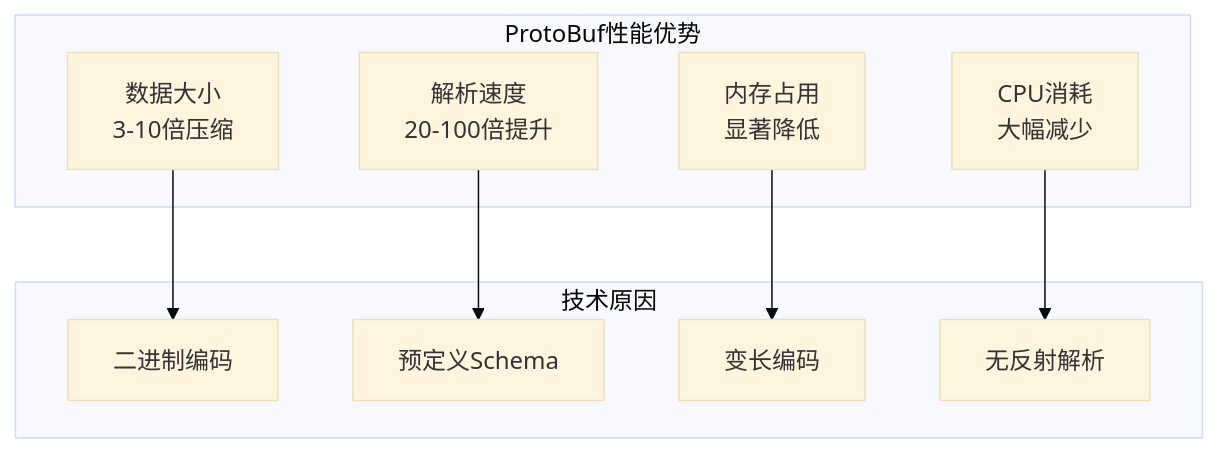
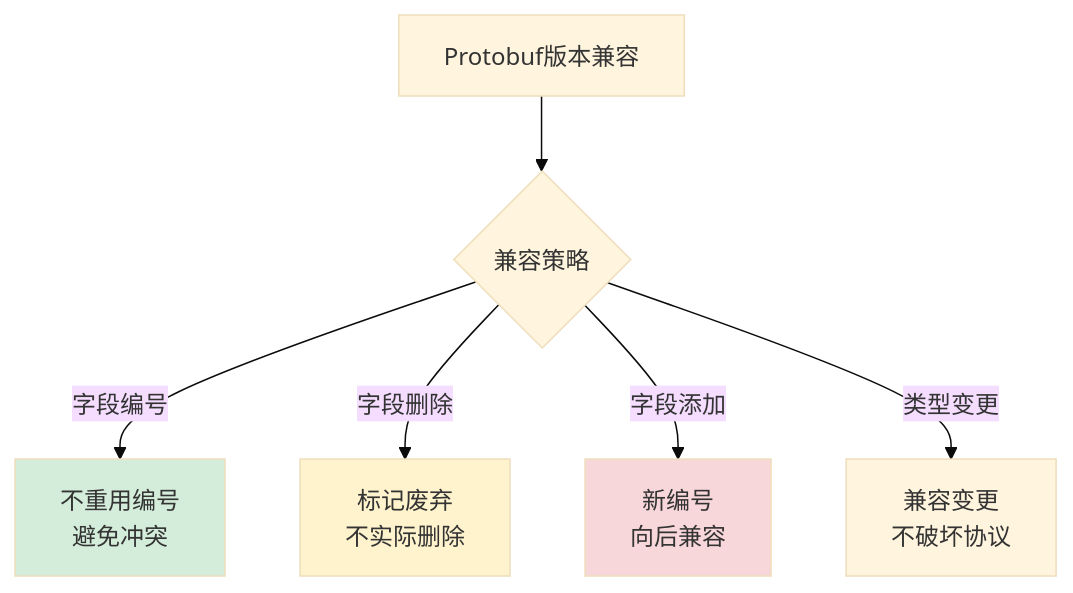
Before and after one commit to chongyang211/YCBookBlog: diagram 19 of 25 in 00.通用技术的提升/02.程序编程原理/06.数据解析设计思想.md, drawn with Mermaid (base theme). The commit also changed other lines of this file and 28 other files, not shown here.

````diff
--- a/00.通用技术的提升/02.程序编程原理/06.数据解析设计思想.md
+++ b/00.通用技术的提升/02.程序编程原理/06.数据解析设计思想.md
@@ -557,21 +891,12 @@
 ```mermaid
 graph TB
-    subgraph "ProtoBuf性能优势"
-        Size[数据大小<br/>3-10倍压缩]
-        Speed[解析速度<br/>20-100倍提升]
-        Memory[内存占用<br/>显著降低]
-        CPU[CPU消耗<br/>大幅减少]
-    end
+    A[Protobuf版本兼容] --> B{兼容策略}
+    B -->|字段编号| C[不重用编号<br/>避免冲突]
+    B -->|字段删除| D[标记废弃<br/>不实际删除]
+    B -->|字段添加| E[新编号<br/>向后兼容]
+    B -->|类型变更| F[兼容变更<br/>不破坏协议]
     
-    subgraph "技术原因"
-        Binary[二进制编码]
-        Schema[预定义Schema]
-        Varint[变长编码]
-        NoReflection[无反射解析]
-    end
-    
-    Size --> Binary
-    Speed --> Schema
-    Memory --> Varint
-    CPU --> NoReflection
+    style C fill:#d4edda
+    style D fill:#fff3cd
+    style E fill:#f8d7da
 ```
````
